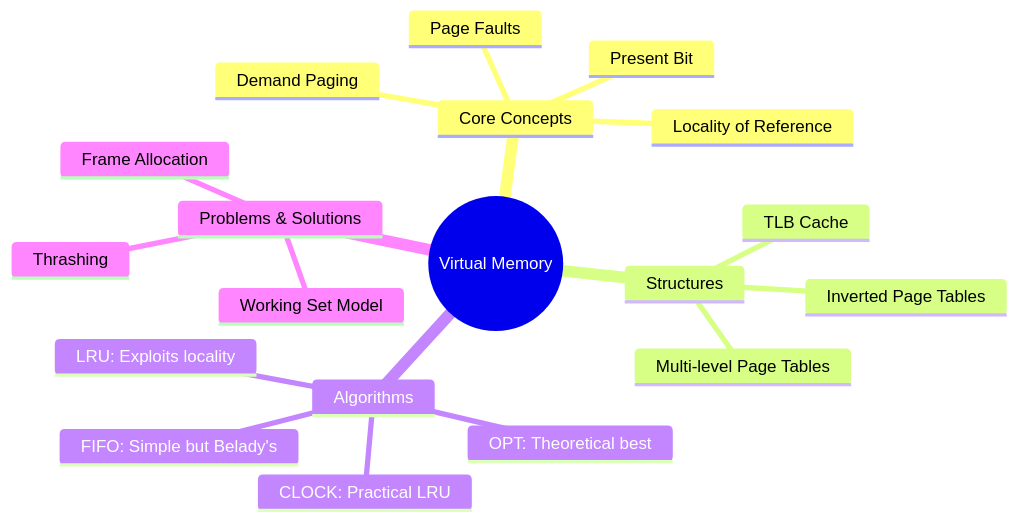
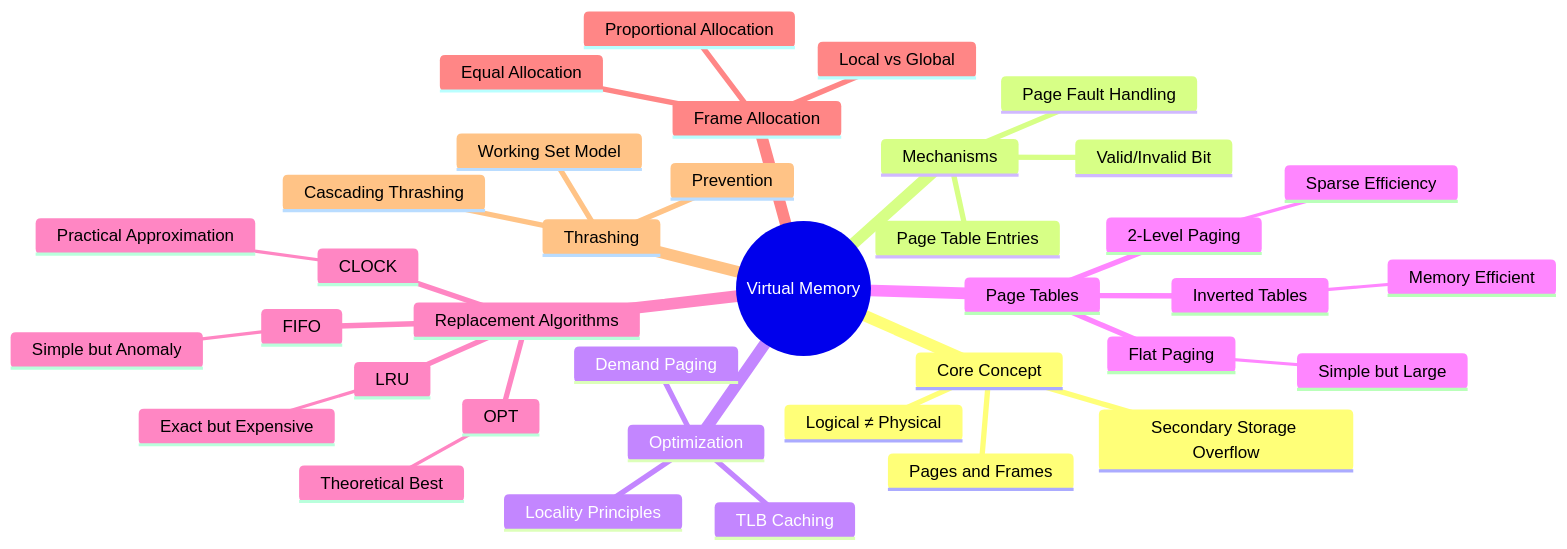
Before and after one commit to Nathan0820/vault: diagram 18 of 18 in content/CS2106/L9.md, drawn with Mermaid. The commit also changed other lines of this file and 2 other files, not shown here.

````diff
--- a/content/CS2106/L9.md
+++ b/content/CS2106/L9.md
@@ -365,22 +996,40 @@
 ```mermaid
 mindmap
   root((Virtual Memory))
-    Core Concepts
+    Core Concept
+      Logical ≠ Physical
+      Pages and Frames
+      Secondary Storage Overflow
+    Mechanisms
+      Page Table Entries
+      Valid/Invalid Bit
+      Page Fault Handling
+    Optimization
       Demand Paging
-      Page Faults
-      Present Bit
-      Locality of Reference
-    Structures
-      Multi-level Page Tables
-      Inverted Page Tables
-      TLB Cache
-    Algorithms
-      OPT: Theoretical best
-      FIFO: Simple but Belady's
-      LRU: Exploits locality
-      CLOCK: Practical LRU
-    Problems & Solutions
-      Thrashing
+      TLB Caching
+      Locality Principles
+    Page Tables
+      Flat Paging
+        Simple but Large
+      2-Level Paging
+        Sparse Efficiency
+      Inverted Tables
+        Memory Efficient
+    Replacement Algorithms
+      OPT
+        Theoretical Best
+      FIFO
+        Simple but Anomaly
+      LRU
+        Exact but Expensive
+      CLOCK
+        Practical Approximation
+    Frame Allocation
+      Equal Allocation
+      Proportional Allocation
+      Local vs Global
+    Thrashing
       Working Set Model
-      Frame Allocation
+      Cascading Thrashing
+      Prevention
 ```
````
